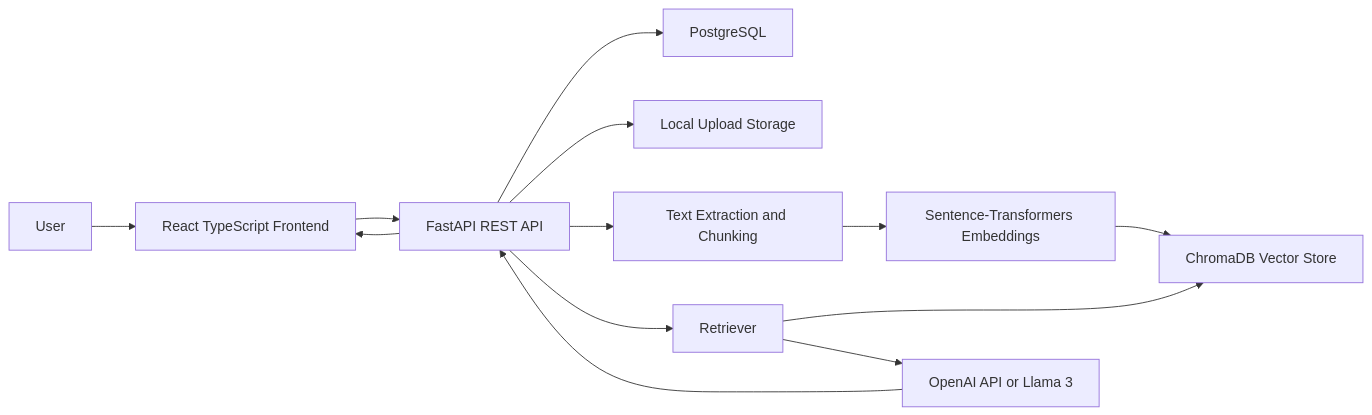
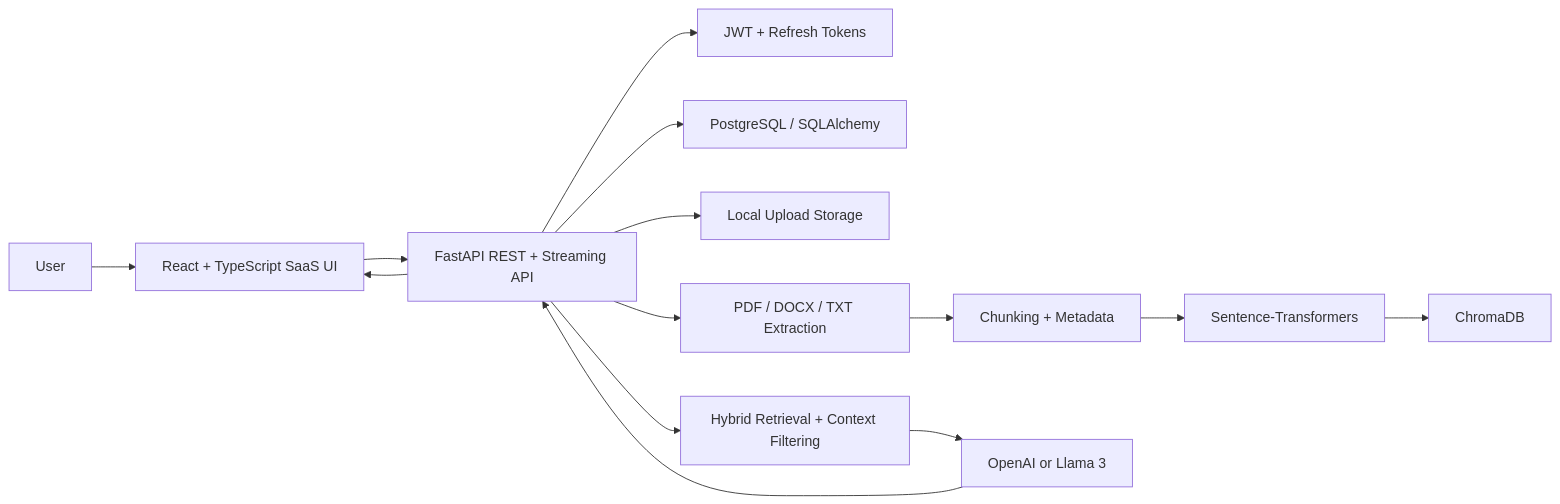
One commit to NavyaThellapati/documind-ai-document-qa-assistant changed the diagram in DocuMind-AI-Document-QA-Assistant/README.md. Above: the diagram before and after it, drawn with Mermaid. The commit also changed other lines of this file and 50 other files, not shown here.

````diff
--- a/DocuMind-AI-Document-QA-Assistant/README.md
+++ b/DocuMind-AI-Document-QA-Assistant/README.md
@@ -20,15 +7,16 @@
 ```mermaid
 flowchart LR
-  U["User"] --> FE["React TypeScript Frontend"]
-  FE --> API["FastAPI REST API"]
-  API --> PG["PostgreSQL"]
+  U["User"] --> FE["React + TypeScript SaaS UI"]
+  FE --> API["FastAPI REST + Streaming API"]
+  API --> AUTH["JWT + Refresh Tokens"]
+  API --> PG["PostgreSQL / SQLAlchemy"]
   API --> FS["Local Upload Storage"]
-  API --> EX["Text Extraction and Chunking"]
-  EX --> EMB["Sentence-Transformers Embeddings"]
-  EMB --> CH["ChromaDB Vector Store"]
-  API --> RET["Retriever"]
-  RET --> CH
-  RET --> LLM["OpenAI API or Llama 3"]
+  API --> PARSE["PDF / DOCX / TXT Extraction"]
+  PARSE --> CHUNK["Chunking + Metadata"]
+  CHUNK --> EMB["Sentence-Transformers"]
+  EMB --> CHROMA["ChromaDB"]
+  API --> RAG["Hybrid Retrieval + Context Filtering"]
+  RAG --> LLM["OpenAI or Llama 3"]
   LLM --> API
   API --> FE
 ```
````
